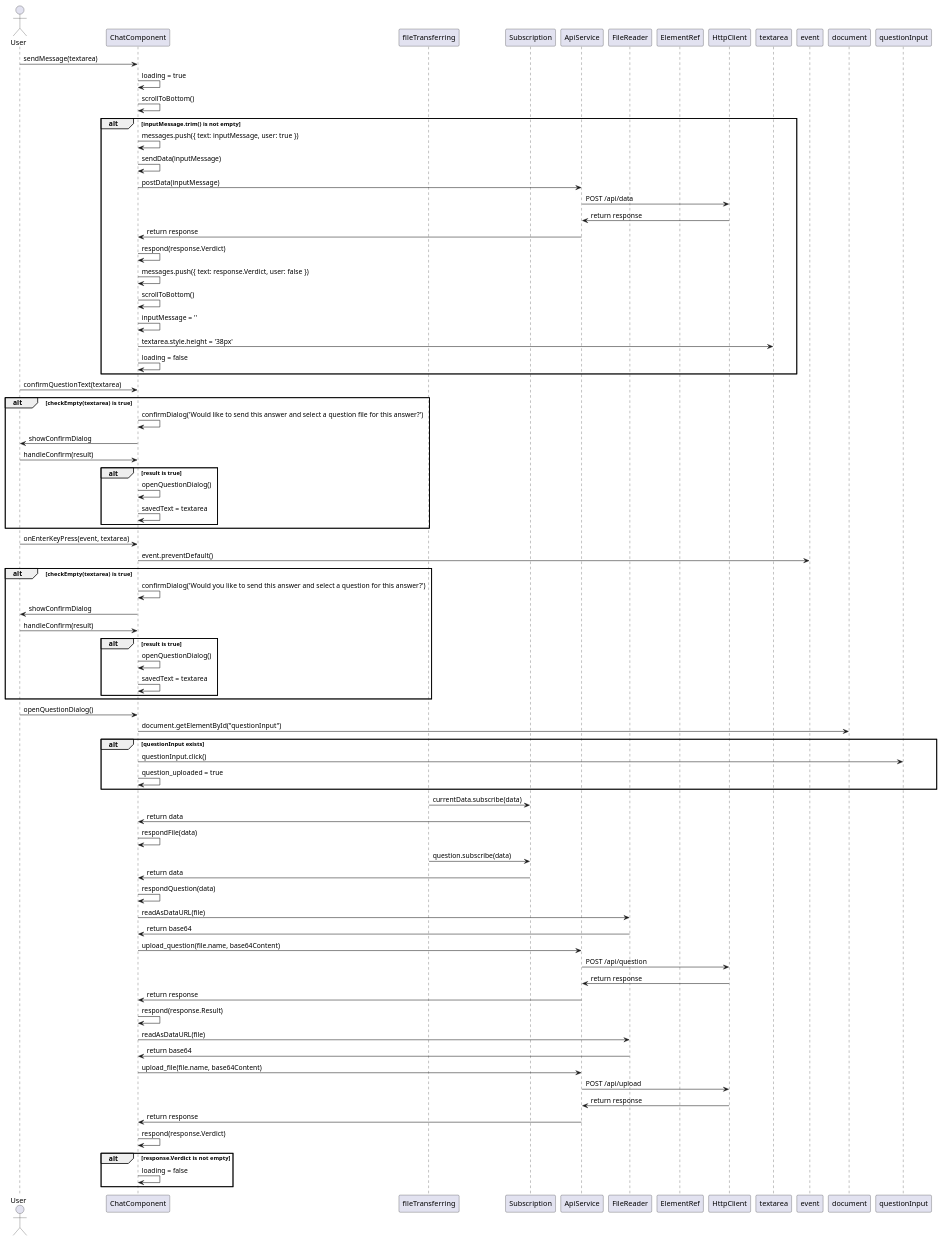
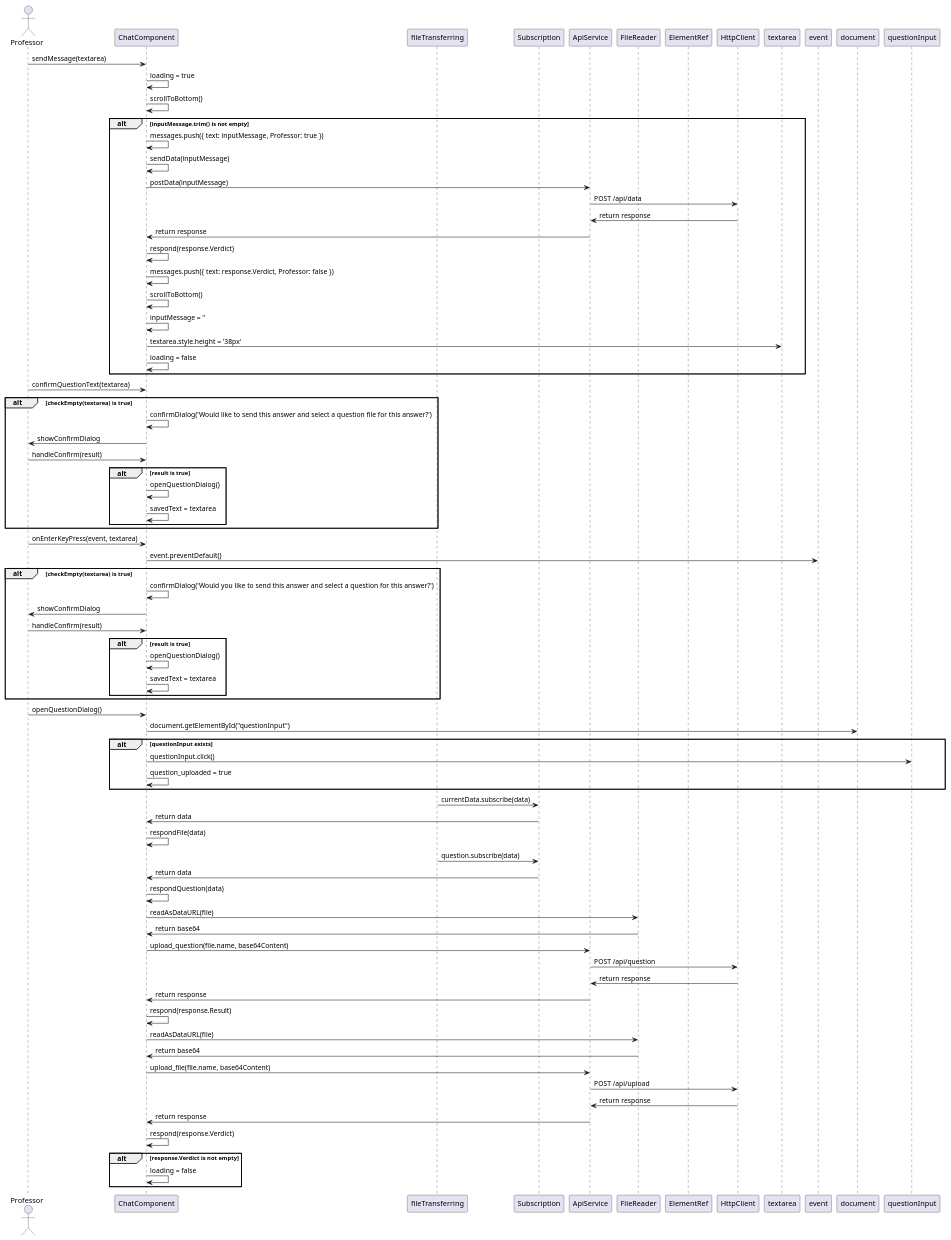
Before and after one commit to NoahS20/Grad-Project: the diagram in Diagrams/Sequence Diagrams/Front End/chatcomponent.wsd, drawn with PlantUML. The commit also changed 22 other files, not shown here.

Commit message:
Removed irrelevant files. Removed outdated diagrams.

```diff
--- a/Diagrams/Sequence Diagrams/Front End/chatcomponent.wsd
+++ b/Diagrams/Sequence Diagrams/Front End/chatcomponent.wsd
@@ -1,87 +1,87 @@
 @startuml
-actor User
+actor Professor
 
 participant ChatComponent
 participant fileTransferring
 participant Subscription
 participant ApiService
 participant FileReader
 participant ElementRef
 participant HttpClient
 
-User -> ChatComponent: sendMessage(textarea)
+Professor -> ChatComponent: sendMessage(textarea)
 ChatComponent -> ChatComponent: loading = true
 ChatComponent -> ChatComponent: scrollToBottom()
 alt inputMessage.trim() is not empty
-    ChatComponent -> ChatComponent: messages.push({ text: inputMessage, user: true })
+    ChatComponent -> ChatComponent: messages.push({ text: inputMessage, Professor: true })
     ChatComponent -> ChatComponent: sendData(inputMessage)
     ChatComponent -> ApiService: postData(inputMessage)
     ApiService -> HttpClient: POST /api/data
     HttpClient -> ApiService: return response
     ApiService -> ChatComponent: return response
     ChatComponent -> ChatComponent: respond(response.Verdict)
-    ChatComponent -> ChatComponent: messages.push({ text: response.Verdict, user: false })
+    ChatComponent -> ChatComponent: messages.push({ text: response.Verdict, Professor: false })
     ChatComponent -> ChatComponent: scrollToBottom()
     ChatComponent -> ChatComponent: inputMessage = ''
     ChatComponent -> textarea: textarea.style.height = '38px'
     ChatComponent -> ChatComponent: loading = false
 end
 
-User -> ChatComponent: confirmQuestionText(textarea)
+Professor -> ChatComponent: confirmQuestionText(textarea)
 alt checkEmpty(textarea) is true
     ChatComponent -> ChatComponent: confirmDialog('Would like to send this answer and select a question file for this answer?')
-    ChatComponent -> User: showConfirmDialog
-    User -> ChatComponent: handleConfirm(result)
+    ChatComponent -> Professor: showConfirmDialog
+    Professor -> ChatComponent: handleConfirm(result)
     alt result is true
         ChatComponent -> ChatComponent: openQuestionDialog()
         ChatComponent -> ChatComponent: savedText = textarea
     end
 end
 
-User -> ChatComponent: onEnterKeyPress(event, textarea)
+Professor -> ChatComponent: onEnterKeyPress(event, textarea)
 ChatComponent -> event: event.preventDefault()
 alt checkEmpty(textarea) is true
     ChatComponent -> ChatComponent: confirmDialog('Would you like to send this answer and select a question for this answer?')
-    ChatComponent -> User: showConfirmDialog
-    User -> ChatComponent: handleConfirm(result)
+    ChatComponent -> Professor: showConfirmDialog
+    Professor -> ChatComponent: handleConfirm(result)
     alt result is true
         ChatComponent -> ChatComponent: openQuestionDialog()
         ChatComponent -> ChatComponent: savedText = textarea
     end
 end
 
-User -> ChatComponent: openQuestionDialog()
+Professor -> ChatComponent: openQuestionDialog()
 ChatComponent -> document: document.getElementById("questionInput")
 alt questionInput exists
     ChatComponent -> questionInput: questionInput.click()
     ChatComponent -> ChatComponent: question_uploaded = true
 end
 
 fileTransferring -> Subscription: currentData.subscribe(data)
 Subscription -> ChatComponent: return data
 ChatComponent -> ChatComponent: respondFile(data)
 
 fileTransferring -> Subscription: question.subscribe(data)
 Subscription -> ChatComponent: return data
 ChatComponent -> ChatComponent: respondQuestion(data)
 
 ChatComponent -> FileReader: readAsDataURL(file)
 FileReader -> ChatComponent: return base64
 ChatComponent -> ApiService: upload_question(file.name, base64Content)
 ApiService -> HttpClient: POST /api/question
 HttpClient -> ApiService: return response
 ApiService -> ChatComponent: return response
 ChatComponent -> ChatComponent: respond(response.Result)
 
 ChatComponent -> FileReader: readAsDataURL(file)
 FileReader -> ChatComponent: return base64
 ChatComponent -> ApiService: upload_file(file.name, base64Content)
 ApiService -> HttpClient: POST /api/upload
 HttpClient -> ApiService: return response
 ApiService -> ChatComponent: return response
 ChatComponent -> ChatComponent: respond(response.Verdict)
 alt response.Verdict is not empty
     ChatComponent -> ChatComponent: loading = false
 end
 
 @enduml
```
